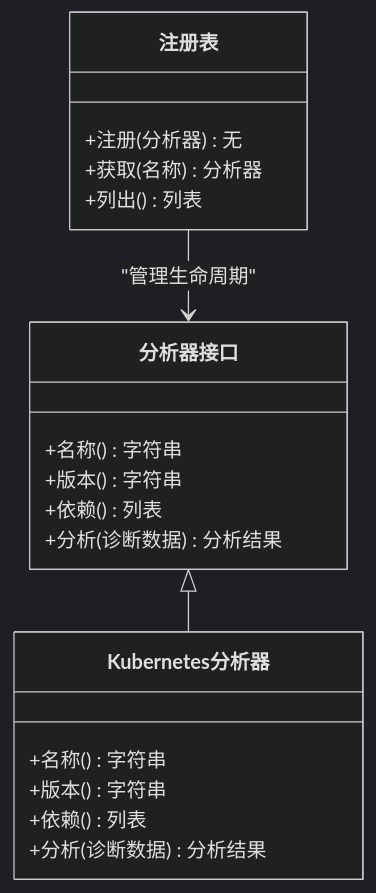
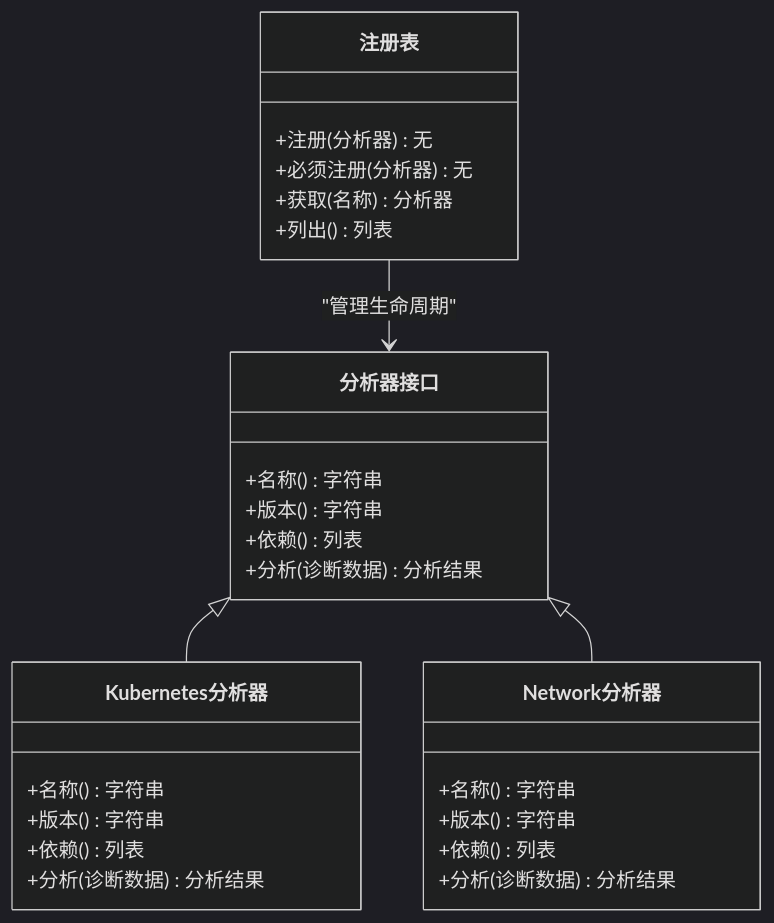
Before and after one commit to kudig-io/klaw: the fourth of 9 diagrams in .qoder/repowiki/zh/content/系统架构/诊断引擎架构/诊断引擎架构.md, drawn with Mermaid (dark theme). The commit also changed other lines of this file and 48 other files, not shown here.

````diff
--- a/.qoder/repowiki/zh/content/系统架构/诊断引擎架构/诊断引擎架构.md
+++ b/.qoder/repowiki/zh/content/系统架构/诊断引擎架构/诊断引擎架构.md
@@ -227,22 +235,30 @@
 ```mermaid
 classDiagram
 class 分析器接口 {
 +名称() 字符串
 +版本() 字符串
 +依赖() 列表
 +分析(诊断数据) 分析结果
 }
 class 注册表 {
 +注册(分析器) 无
++必须注册(分析器) 无
 +获取(名称) 分析器
 +列出() 列表
 }
 class Kubernetes分析器 {
 +名称() 字符串
 +版本() 字符串
 +依赖() 列表
 +分析(诊断数据) 分析结果
 }
+class Network分析器 {
++名称() 字符串
++版本() 字符串
++依赖() 列表
++分析(诊断数据) 分析结果
+}
 分析器接口 <|-- Kubernetes分析器
+分析器接口 <|-- Network分析器
 注册表 --> 分析器接口 : "管理生命周期"
 ```
````
